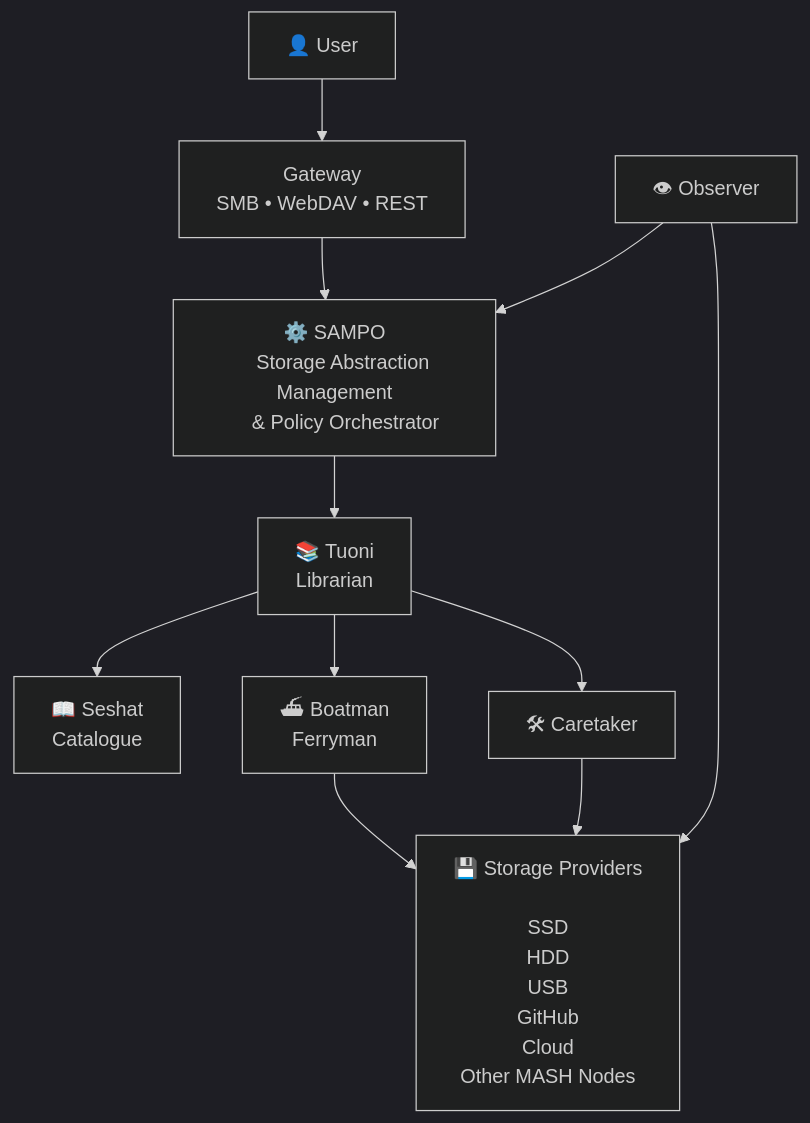
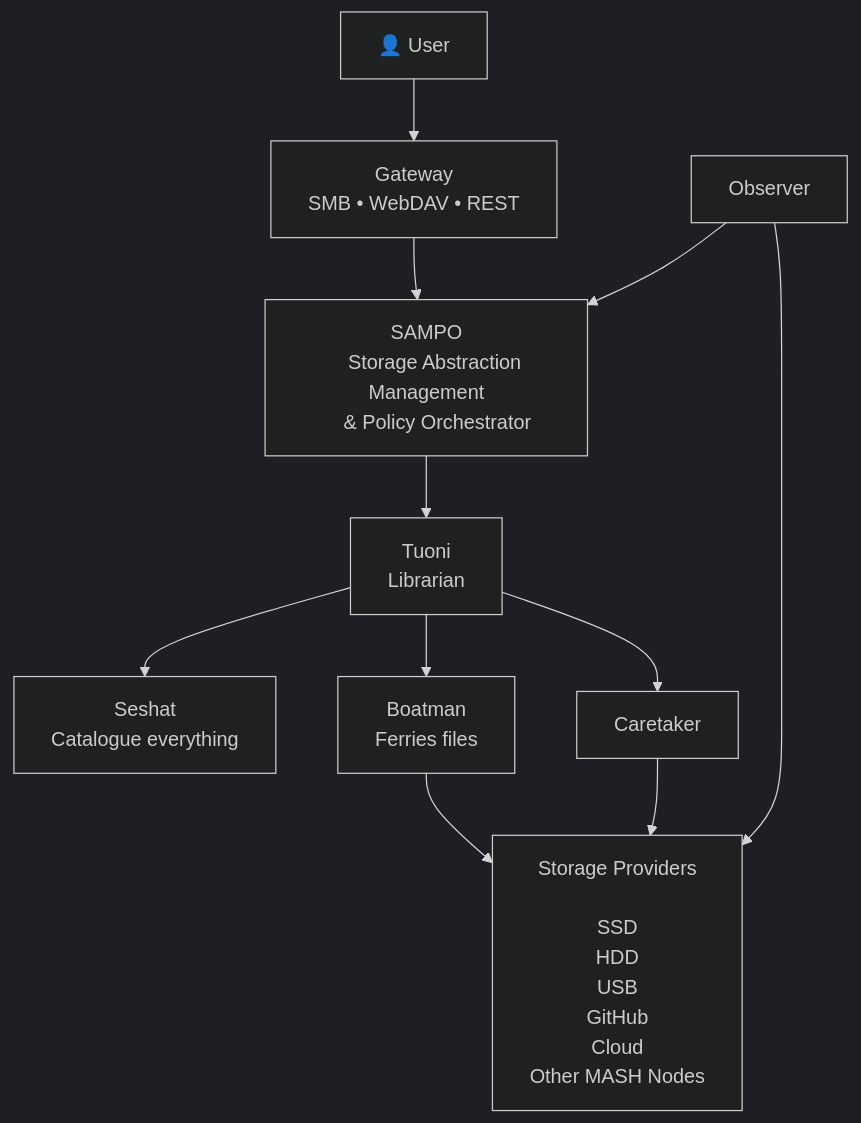
One commit to R2Pitou/Mas-h changed the diagram in README.md. Above: the diagram before and after it, drawn with Mermaid (dark theme).

Commit message:
Refine component names and descriptions in README
Updated the names and descriptions of various components in the README.

````diff
--- a/README.md
+++ b/README.md
@@ -35,50 +35,50 @@
 ```mermaid
 flowchart TB
 
     User["👤 User"]
 
     Gateway["Gateway
     SMB • WebDAV • REST"]
 
-    SAMPO["⚙️ SAMPO
+    SAMPO["SAMPO
     Storage Abstraction Management
     & Policy Orchestrator"]
 
-    Tuoni["📚 Tuoni
+    Tuoni["Tuoni
     Librarian"]
 
-    Seshat["📖 Seshat
-    Catalogue"]
+    Seshat["Seshat
+    Catalogue everything"]
 
-    Boatman["⛴ Boatman
-    Ferryman"]
+    Boatman["Boatman
+    Ferries files"]
 
-    Observer["👁 Observer"]
+    Observer["Observer"]
 
-    Caretaker["🛠 Caretaker"]
+    Caretaker["Caretaker"]
 
-    Storage["💾 Storage Providers
+    Storage["Storage Providers
 
     SSD
     HDD
     USB
     GitHub
     Cloud
     Other MASH Nodes"]
 
     User --> Gateway
 
     Gateway --> SAMPO
 
     Observer --> SAMPO
 
     SAMPO --> Tuoni
 
     Tuoni --> Seshat
     Tuoni --> Boatman
     Tuoni --> Caretaker
 
     Boatman --> Storage
     Observer --> Storage
     Caretaker --> Storage
 ```
````
